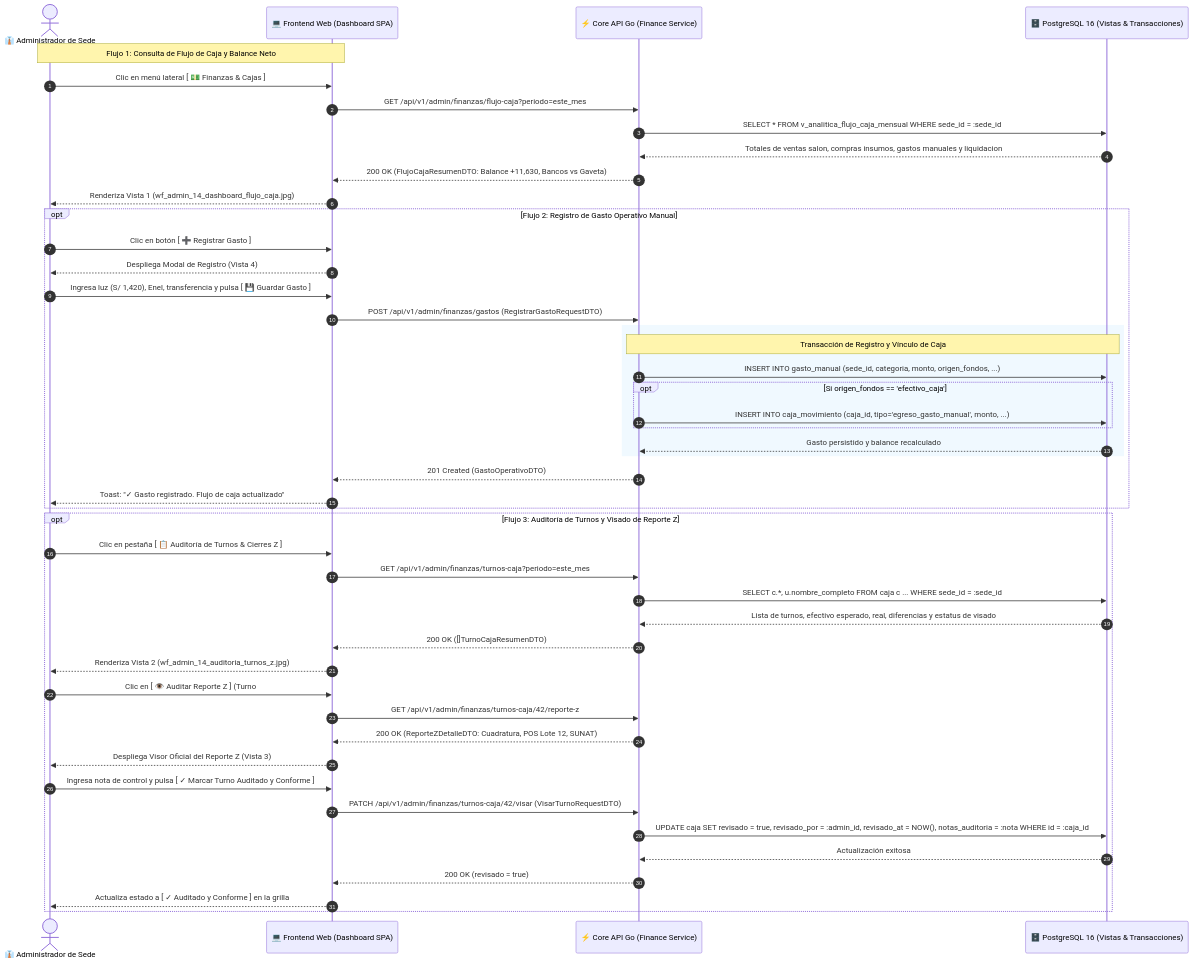
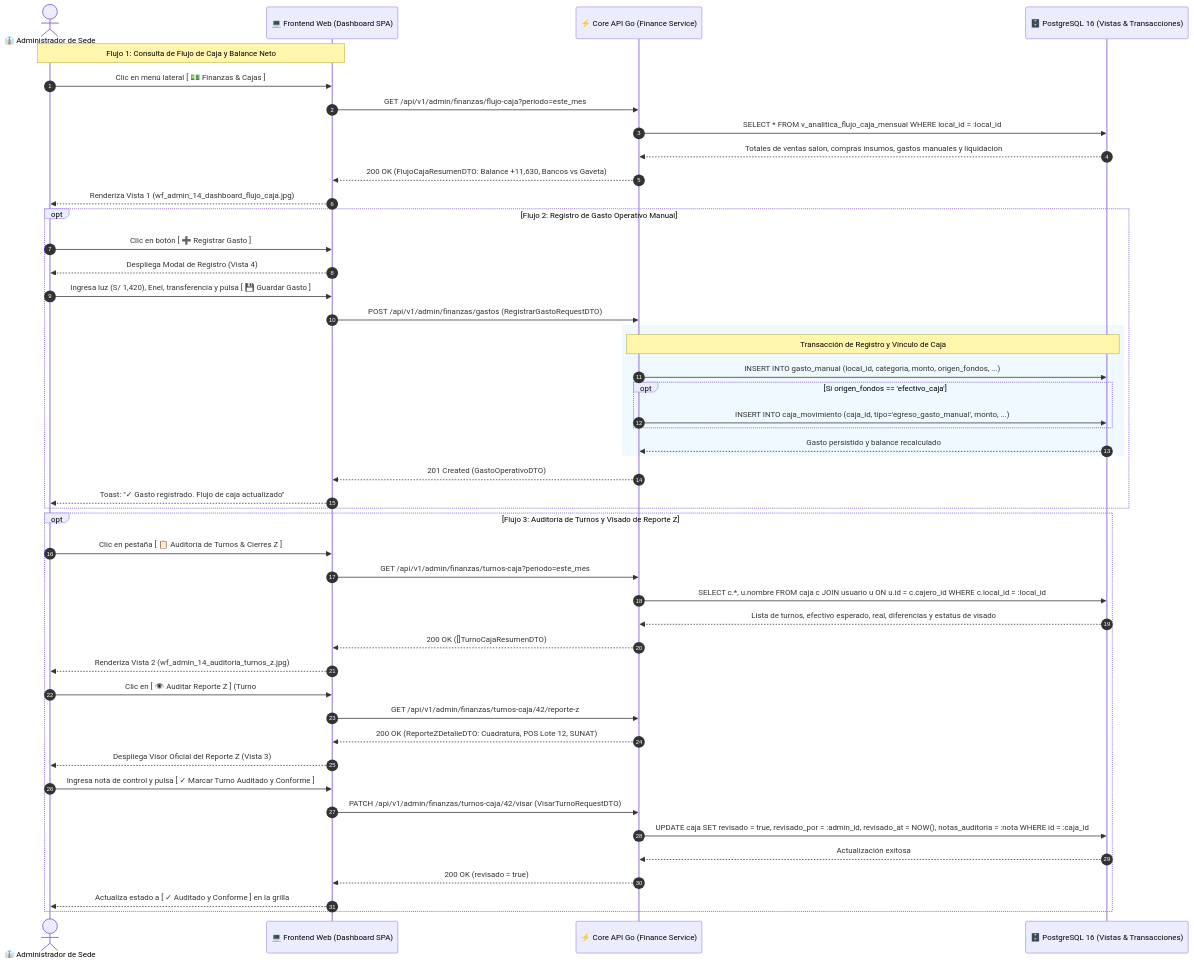
The diagram in wireframe/administrador/CU-ADMIN-14-flujo-caja-cierres-z/wireframe.md (JCHUIZ10/RestaurantCloud_AI_backend), drawn with Mermaid before and after one commit. The commit also changed other lines of this file and 18 other files, not shown here.

````diff
--- a/wireframe/administrador/CU-ADMIN-14-flujo-caja-cierres-z/wireframe.md
+++ b/wireframe/administrador/CU-ADMIN-14-flujo-caja-cierres-z/wireframe.md
@@ -38,56 +38,56 @@
 ```mermaid
 sequenceDiagram
     autonumber
     actor ADM as 👔 Administrador de Sede
     participant SPA as 💻 Frontend Web (Dashboard SPA)
     participant API as ⚡ Core API Go (Finance Service)
     participant BD as 🗄️ PostgreSQL 16 (Vistas & Transacciones)
 
     Note over ADM, SPA: Flujo 1: Consulta de Flujo de Caja y Balance Neto
     ADM->>SPA: Clic en menú lateral [ 💵 Finanzas & Cajas ]
     SPA->>API: GET /api/v1/admin/finanzas/flujo-caja?periodo=este_mes
-    API->>BD: SELECT * FROM v_analitica_flujo_caja_mensual WHERE sede_id = :sede_id
+    API->>BD: SELECT * FROM v_analitica_flujo_caja_mensual WHERE local_id = :local_id
     BD-->>API: Totales de ventas salon, compras insumos, gastos manuales y liquidacion
     API-->>SPA: 200 OK (FlujoCajaResumenDTO: Balance +11,630, Bancos vs Gaveta)
     SPA-->>ADM: Renderiza Vista 1 (wf_admin_14_dashboard_flujo_caja.jpg)
 
     opt Flujo 2: Registro de Gasto Operativo Manual
         ADM->>SPA: Clic en botón [ ➕ Registrar Gasto ]
         SPA-->>ADM: Despliega Modal de Registro (Vista 4)
         ADM->>SPA: Ingresa luz (S/ 1,420), Enel, transferencia y pulsa [ 💾 Guardar Gasto ]
         SPA->>API: POST /api/v1/admin/finanzas/gastos (RegistrarGastoRequestDTO)
         
         rect rgb(240, 249, 255)
             Note over API, BD: Transacción de Registro y Vínculo de Caja
-            API->>BD: INSERT INTO gasto_manual (sede_id, categoria, monto, origen_fondos, ...)
+            API->>BD: INSERT INTO gasto_manual (local_id, categoria, monto, origen_fondos, ...)
             opt Si origen_fondos == 'efectivo_caja'
                 API->>BD: INSERT INTO caja_movimiento (caja_id, tipo='egreso_gasto_manual', monto, ...)
             end
             BD-->>API: Gasto persistido y balance recalculado
         end
         
         API-->>SPA: 201 Created (GastoOperativoDTO)
         SPA-->>ADM: Toast: "✓ Gasto registrado. Flujo de caja actualizado"
     end
 
     opt Flujo 3: Auditoría de Turnos y Visado de Reporte Z
         ADM->>SPA: Clic en pestaña [ 📋 Auditoría de Turnos & Cierres Z ]
         SPA->>API: GET /api/v1/admin/finanzas/turnos-caja?periodo=este_mes
-        API->>BD: SELECT c.*, u.nombre_completo FROM caja c ... WHERE sede_id = :sede_id
+        API->>BD: SELECT c.*, u.nombre FROM caja c JOIN usuario u ON u.id = c.cajero_id WHERE c.local_id = :local_id
         BD-->>API: Lista de turnos, efectivo esperado, real, diferencias y estatus de visado
         API-->>SPA: 200 OK ([]TurnoCajaResumenDTO)
         SPA-->>ADM: Renderiza Vista 2 (wf_admin_14_auditoria_turnos_z.jpg)
         
         ADM->>SPA: Clic en [ 👁️ Auditar Reporte Z ] (Turno #042)
         SPA->>API: GET /api/v1/admin/finanzas/turnos-caja/42/reporte-z
         API-->>SPA: 200 OK (ReporteZDetalleDTO: Cuadratura, POS Lote 12, SUNAT)
         SPA-->>ADM: Despliega Visor Oficial del Reporte Z (Vista 3)
         
         ADM->>SPA: Ingresa nota de control y pulsa [ ✓ Marcar Turno Auditado y Conforme ]
         SPA->>API: PATCH /api/v1/admin/finanzas/turnos-caja/42/visar (VisarTurnoRequestDTO)
         API->>BD: UPDATE caja SET revisado = true, revisado_por = :admin_id, revisado_at = NOW(), notas_auditoria = :nota WHERE id = :caja_id
         BD-->>API: Actualización exitosa
         API-->>SPA: 200 OK (revisado = true)
         SPA-->>ADM: Actualiza estado a [ ✓ Auditado y Conforme ] en la grilla
     end
 ```
````
